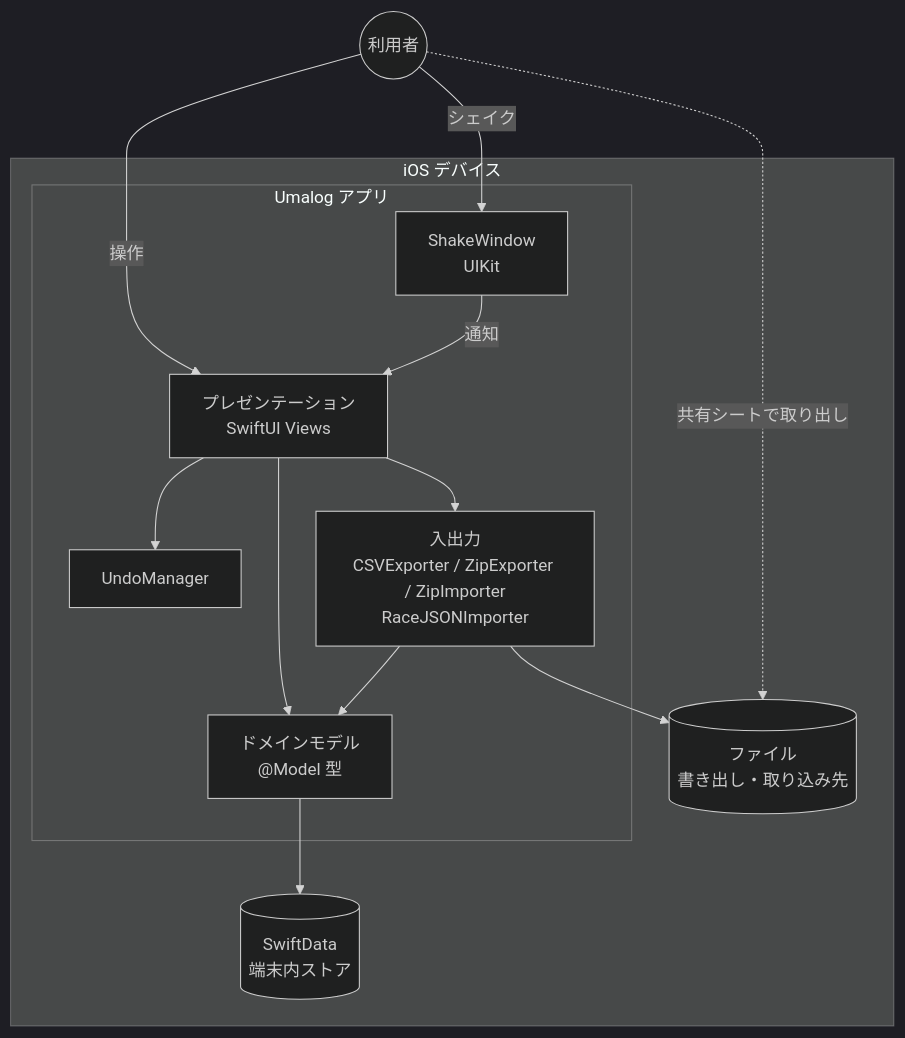
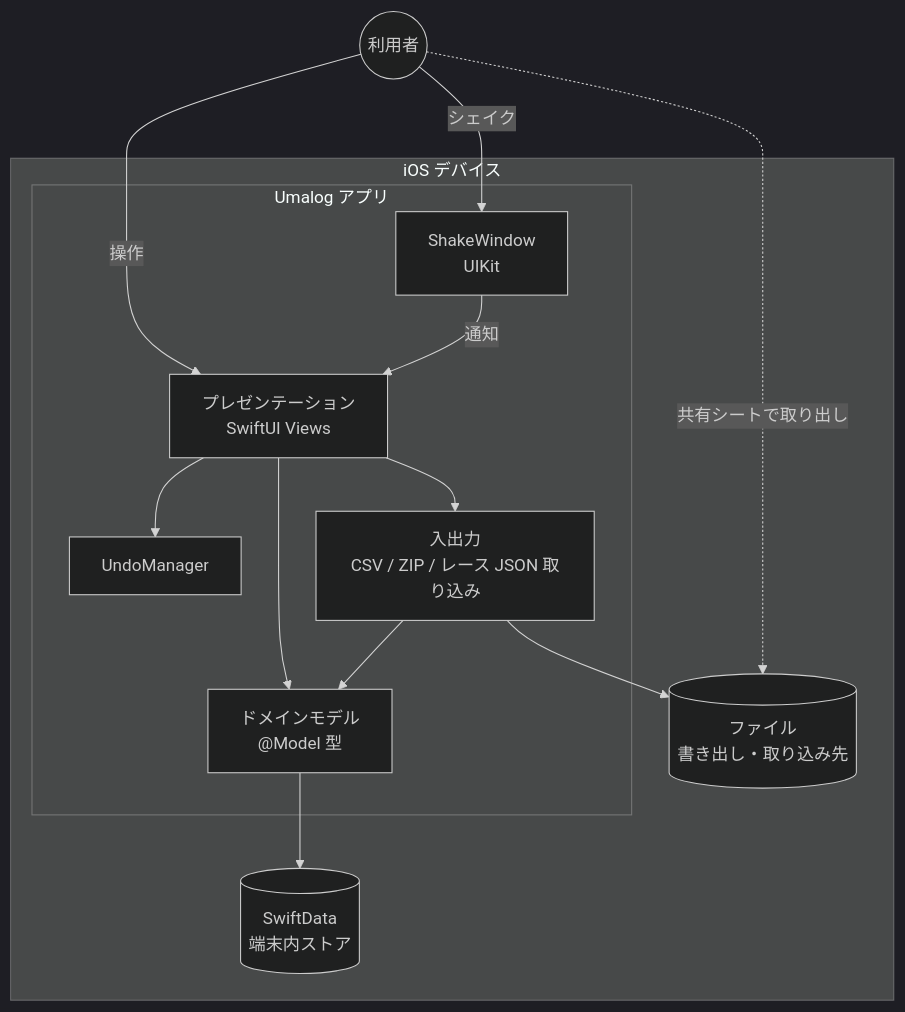
The first of 3 diagrams in docs/architecture.md (neko3cs/umalog), drawn with Mermaid (dark theme) before and after one commit. The commit also changed other lines of this file and 2 other files, not shown here.

````diff
--- a/docs/architecture.md
+++ b/docs/architecture.md
@@ -9,27 +9,27 @@
 ```mermaid
 flowchart TB
     user(("利用者"))
 
     subgraph device["iOS デバイス"]
         subgraph app["Umalog アプリ"]
             ui["プレゼンテーション<br/>SwiftUI Views"]
             shake["ShakeWindow<br/>UIKit"]
             undo["UndoManager"]
             model["ドメインモデル<br/>@Model 型"]
-            io["入出力<br/>CSVExporter / ZipExporter / ZipImporter<br/>RaceJSONImporter"]
+            io["入出力<br/>CSV / ZIP / レース JSON 取り込み"]
         end
         store[("SwiftData<br/>端末内ストア")]
         files[("ファイル<br/>書き出し・取り込み先")]
     end
 
     user -->|操作| ui
     user -->|シェイク| shake
     shake -->|通知| ui
     ui --> undo
     ui --> model
     ui --> io
     model --> store
     io --> model
     io --> files
     user -.->|共有シートで取り出し| files
 ```
````
